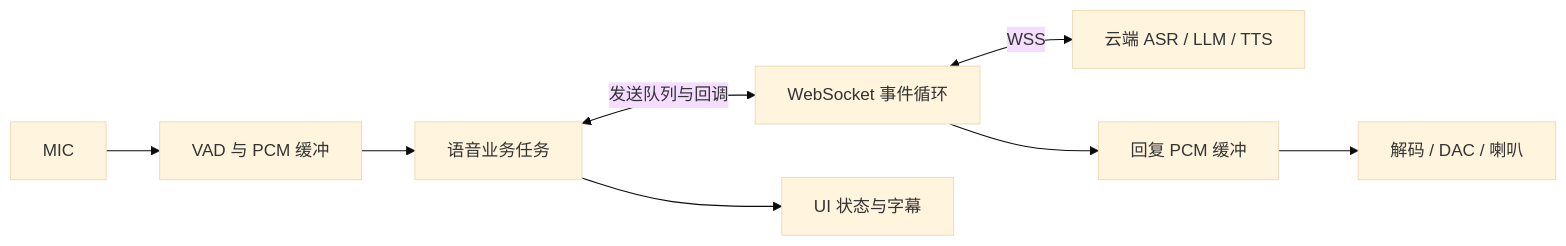
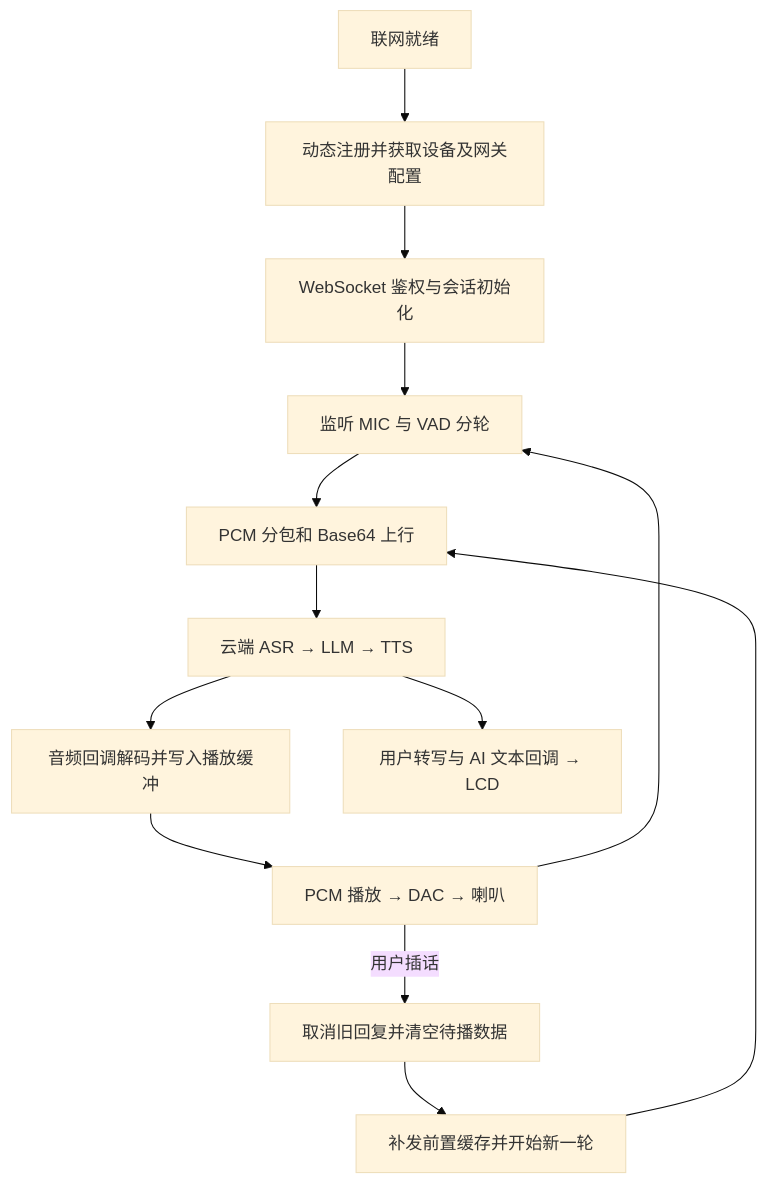
Before and after one commit to yukaiquanping/ac791n-realtime-voice-assistant: the diagram in README.md, drawn with Mermaid (base theme). The commit also changed other lines of this file and 6 other files, not shown here.

````diff
--- a/README.md
+++ b/README.md
@@ -15,10 +47,15 @@
 ```mermaid
-flowchart LR
-  M[MIC] --> V[VAD 与 PCM 缓冲]
-  V --> A[语音业务任务]
-  A <-->|发送队列与回调| W[WebSocket 事件循环]
-  W <-->|WSS| C[云端 ASR / LLM / TTS]
-  W --> B[回复 PCM 缓冲]
-  B --> D[解码 / DAC / 喇叭]
-  A --> U[UI 状态与字幕]
+flowchart TD
+    A[联网就绪] --> B[动态注册并获取设备及网关配置]
+    B --> C[WebSocket 鉴权与会话初始化]
+    C --> D[监听 MIC 与 VAD 分轮]
+    D --> E[PCM 分包和 Base64 上行]
+    E --> F[云端 ASR → LLM → TTS]
+    F --> G[音频回调解码并写入播放缓冲]
+    G --> H[PCM 播放 → DAC → 喇叭]
+    F --> I[用户转写与 AI 文本回调 → LCD]
+    H --> D
+    H -->|用户插话| J[取消旧回复并清空待播数据]
+    J --> K[补发前置缓存并开始新一轮]
+    K --> E
 ```
````
